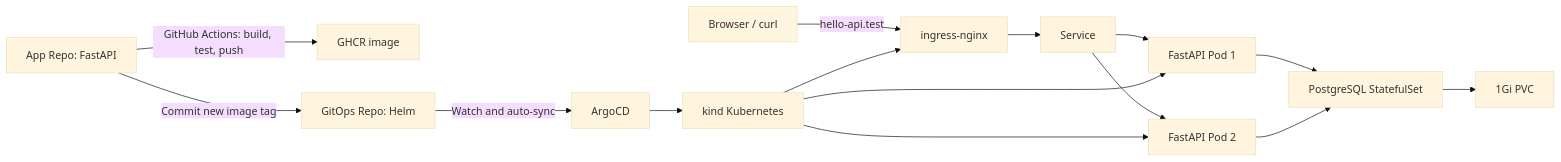
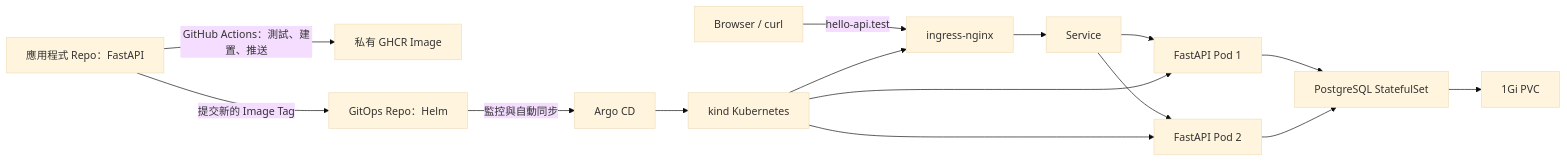
The diagram in README.md (imthe71/devops-hello-api-gitops), drawn with Mermaid (base theme) before and after one commit. The commit also changed other lines of this file and 1 other file, not shown here.

````diff
--- a/README.md
+++ b/README.md
@@ -7,17 +7,17 @@
 ```mermaid
 flowchart LR
-  A["App Repo: FastAPI"] -->|"GitHub Actions: build, test, push"| B["GHCR image"]
-  A -->|"Commit new image tag"| C["GitOps Repo: Helm"]
-  C -->|"Watch and auto-sync"| D["ArgoCD"]
+  A["應用程式 Repo：FastAPI"] -->|"GitHub Actions：測試、建置、推送"| B["私有 GHCR Image"]
+  A -->|"提交新的 Image Tag"| C["GitOps Repo：Helm"]
+  C -->|"監控與自動同步"| D["Argo CD"]
   D --> E["kind Kubernetes"]
   U["Browser / curl"] -->|"hello-api.test"| I["ingress-nginx"]
   I --> S["Service"]
   S --> P1["FastAPI Pod 1"]
   S --> P2["FastAPI Pod 2"]
   P1 --> DB["PostgreSQL StatefulSet"]
   P2 --> DB
   DB --> PVC["1Gi PVC"]
   E --> I
   E --> P1
   E --> P2
 ```
````
